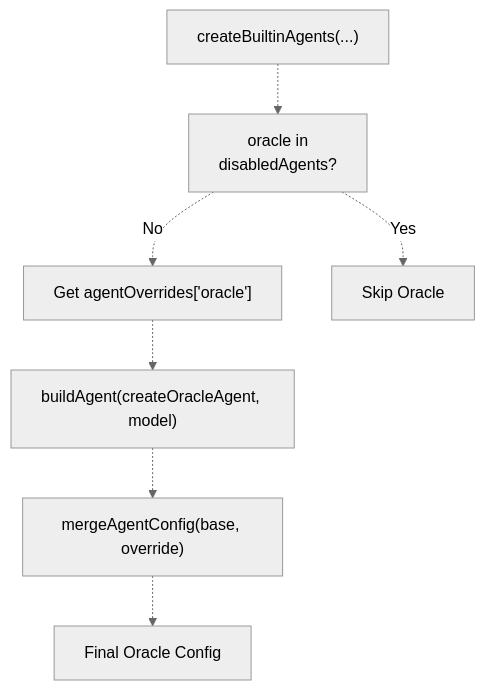
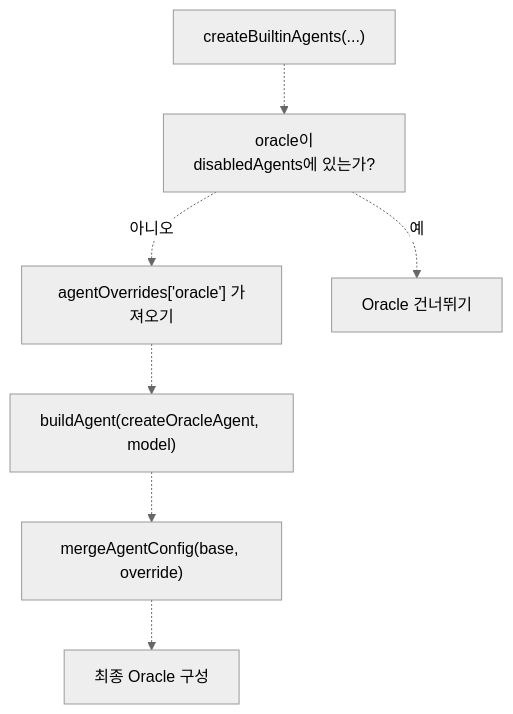
The third of 11 diagrams in docs/agents/oracle-agent.md (felipetruman/oh-my-opencode-docs), drawn with Mermaid (neutral theme) before and after one commit. The commit also changed other lines of this file and 76 other files, not shown here.

````diff
--- a/docs/agents/oracle-agent.md
+++ b/docs/agents/oracle-agent.md
@@ -170,18 +170,18 @@
 ```mermaid
 flowchart TD
 
 CreateBuiltin["createBuiltinAgents(...)"]
-CheckDisabled["oracle in<br>disabledAgents?"]
-GetOverride["Get agentOverrides['oracle']"]
+CheckDisabled["oracle이<br>disabledAgents에 있는가?"]
+GetOverride["agentOverrides['oracle'] 가져오기"]
 BuildAgent["buildAgent(createOracleAgent, model)"]
 ApplyOverride["mergeAgentConfig(base, override)"]
-Result["Final Oracle Config"]
-Skip["Skip Oracle"]
+Result["최종 Oracle 구성"]
+Skip["Oracle 건너뛰기"]
 
 CreateBuiltin -.-> CheckDisabled
-CheckDisabled -.->|"Yes"| Skip
-CheckDisabled -.->|"No"| GetOverride
+CheckDisabled -.->|"예"| Skip
+CheckDisabled -.->|"아니오"| GetOverride
 GetOverride -.-> BuildAgent
 BuildAgent -.-> ApplyOverride
 ApplyOverride -.-> Result
 ```
````
